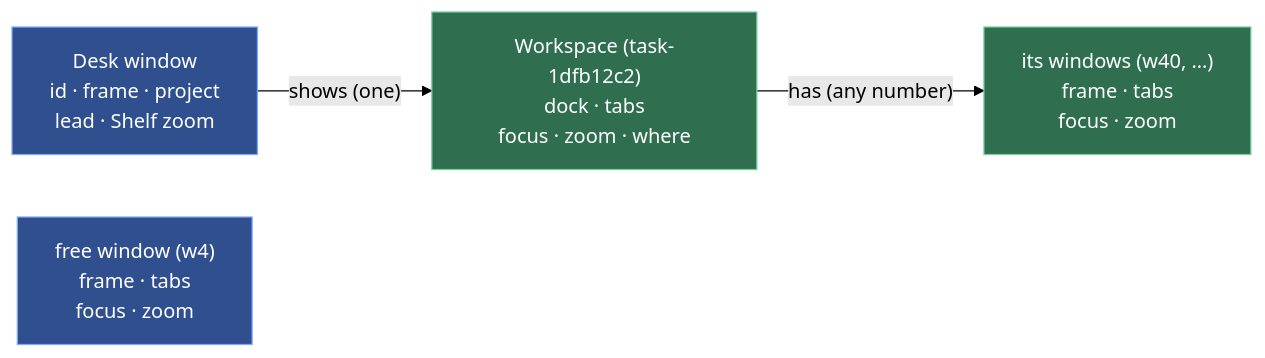
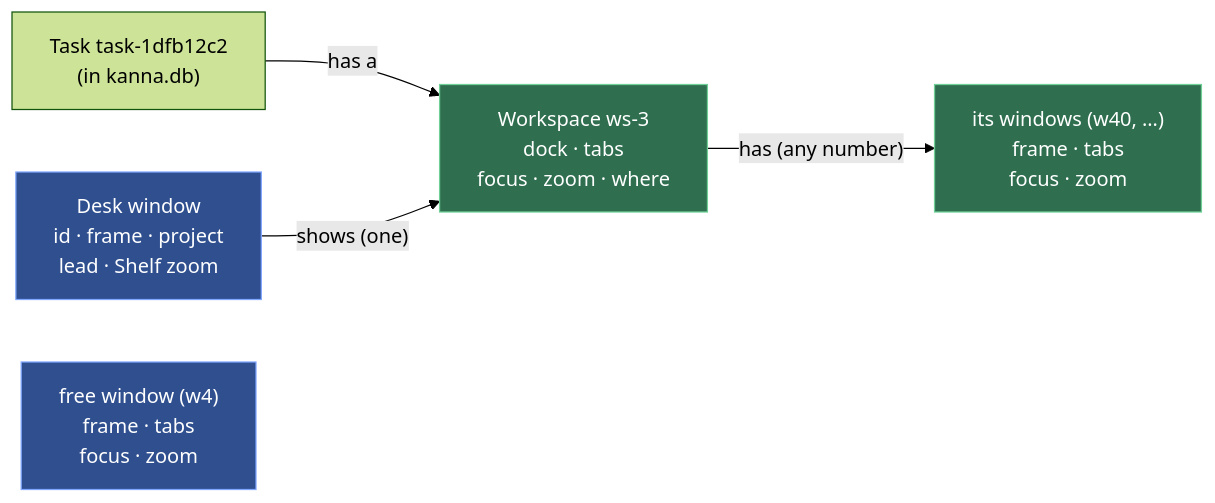
One commit to jemdiggity/kanna-v4 changed the first of 4 diagrams in docs/specs/workspaces.md. Above: the diagram before and after it, drawn with Mermaid (forest theme). The commit also changed other lines of this file and 37 other files, not shown here.

````diff
--- a/docs/specs/workspaces.md
+++ b/docs/specs/workspaces.md
@@ -22,13 +22,15 @@
 ```mermaid
 flowchart LR
     DW["Desk window<br/>id · frame · project<br/>lead · Shelf zoom"]
-    WS["Workspace (task-1dfb12c2)<br/>dock · tabs<br/>focus · zoom · where"]
+    T["Task task-1dfb12c2<br/>(in kanna.db)"]
+    WS["Workspace ws-3<br/>dock · tabs<br/>focus · zoom · where"]
     OW["its windows (w40, …)<br/>frame · tabs<br/>focus · zoom"]
     FW["free window (w4)<br/>frame · tabs<br/>focus · zoom"]
+    T -->|"has a"| WS
     DW -->|"shows (one)"| WS
     WS -->|"has (any number)"| OW
     classDef ours fill:#2f6f4f,stroke:#6fcf97,color:#ffffff
     classDef plain fill:#2f4f8f,stroke:#7fa7ff,color:#ffffff
     class WS,OW ours
     class DW,FW plain
 ```
````
